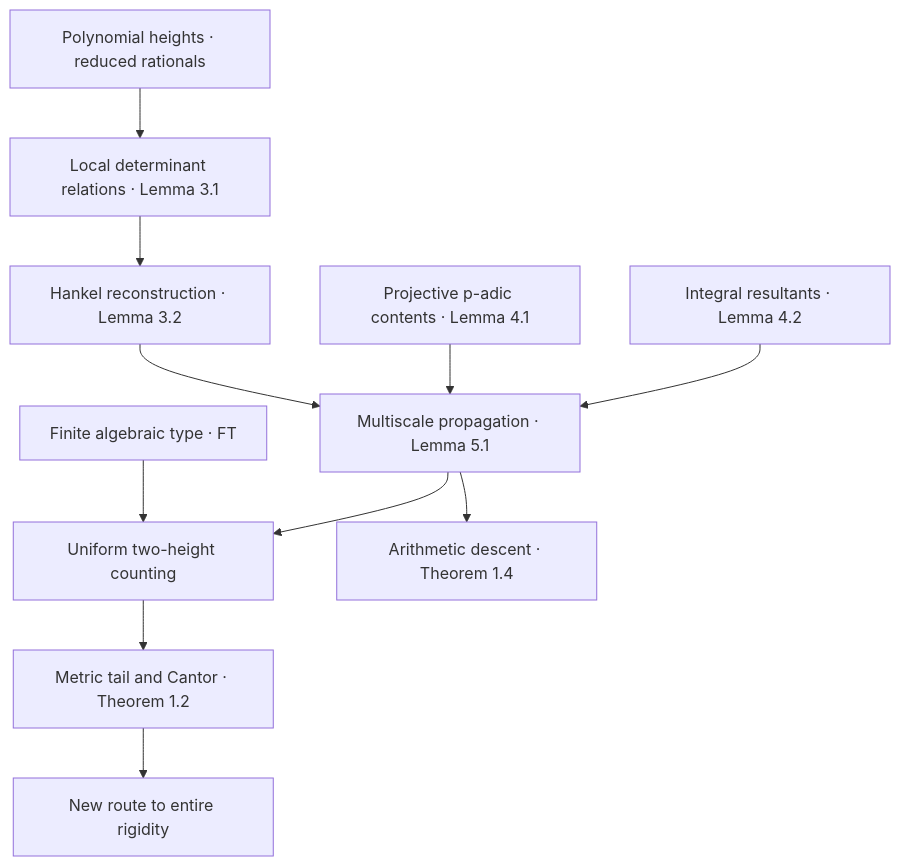
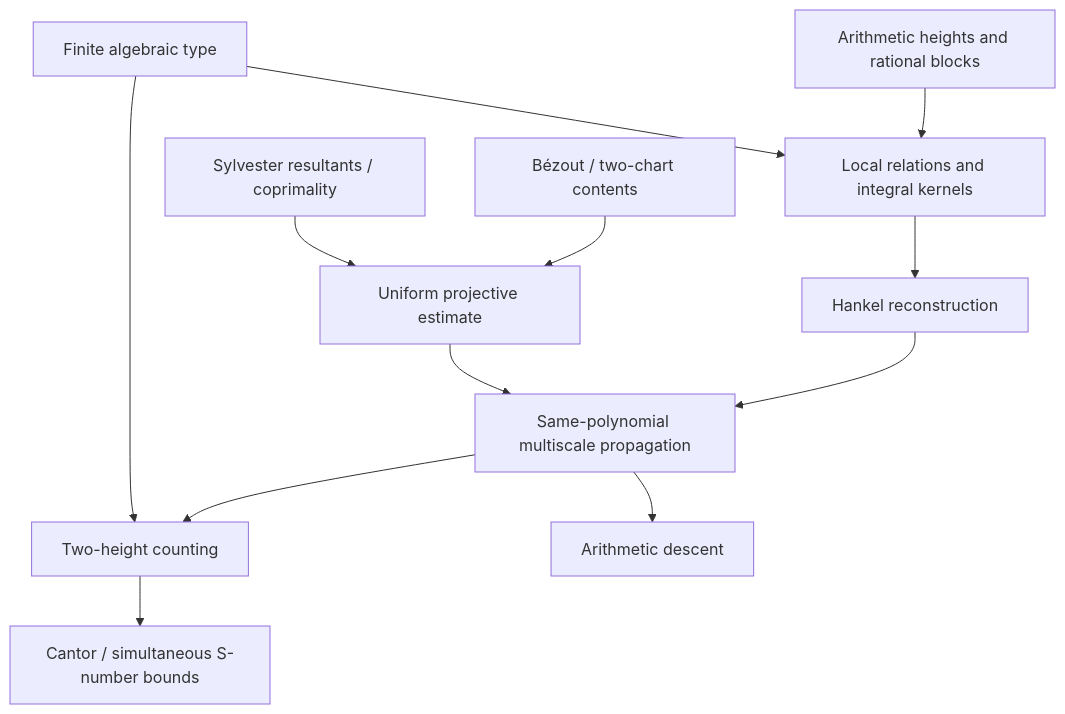
Before and after one commit to DiegoMarquesMath/DiophantineRigidity: the diagram in README.md, drawn with Mermaid. The commit also changed other lines of this file, not shown here.

Commit message:
docs: professional research README with recovered proofs, provenance and honest roadmap

````diff
--- a/README.md
+++ b/README.md
@@ -51,13 +82,14 @@
 ```mermaid
 flowchart TD
-    A["Polynomial heights · reduced rationals"] --> B["Local determinant relations · Lemma 3.1"]
-    T["Finite algebraic type · FT"] --> G["Uniform two-height counting"]
-    B --> C["Hankel reconstruction · Lemma 3.2"]
-    C --> F["Multiscale propagation · Lemma 5.1"]
-    D["Projective p-adic contents · Lemma 4.1"] --> F
-    E["Integral resultants · Lemma 4.2"] --> F
-    F --> G
-    G --> H["Metric tail and Cantor · Theorem 1.2"]
-    F --> I["Arithmetic descent · Theorem 1.4"]
-    H --> J["New route to entire rigidity"]
+    A["Arithmetic heights and rational blocks"] --> B["Local relations and integral kernels"]
+    C["Finite algebraic type"] --> B
+    B --> D["Hankel reconstruction"]
+    E["Bézout / two-chart contents"] --> F["Uniform projective estimate"]
+    G["Sylvester resultants / coprimality"] --> F
+    D --> H["Same-polynomial multiscale propagation"]
+    F --> H
+    H --> I["Two-height counting"]
+    C --> I
+    I --> J["Cantor / simultaneous S-number bounds"]
+    H --> K["Arithmetic descent"]
 ```
````
